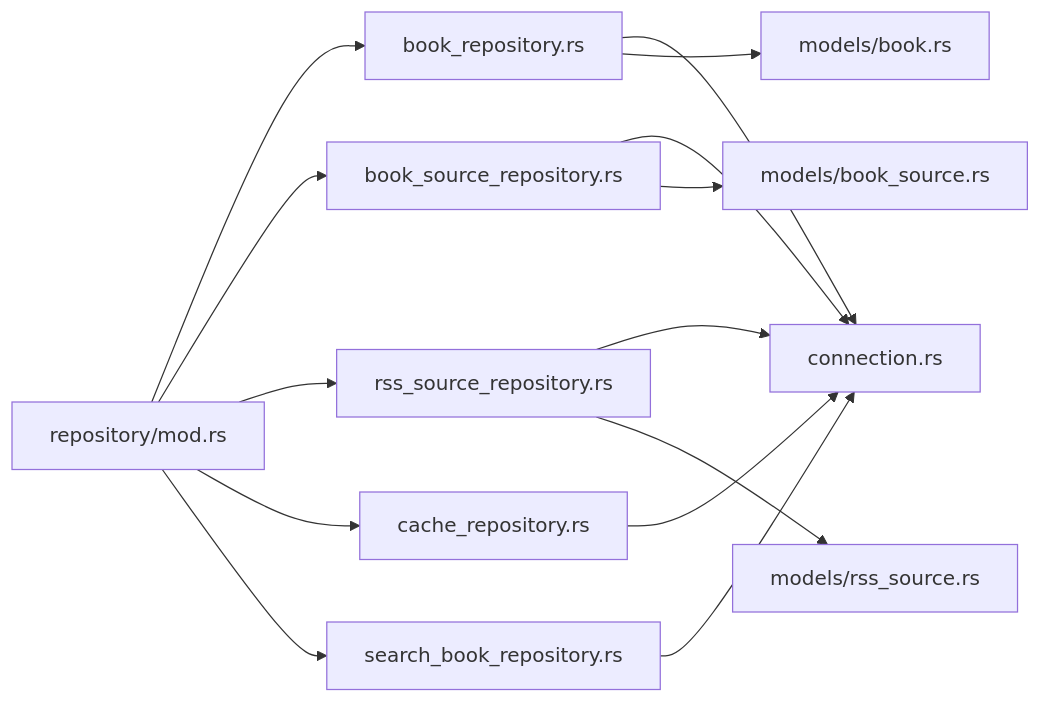
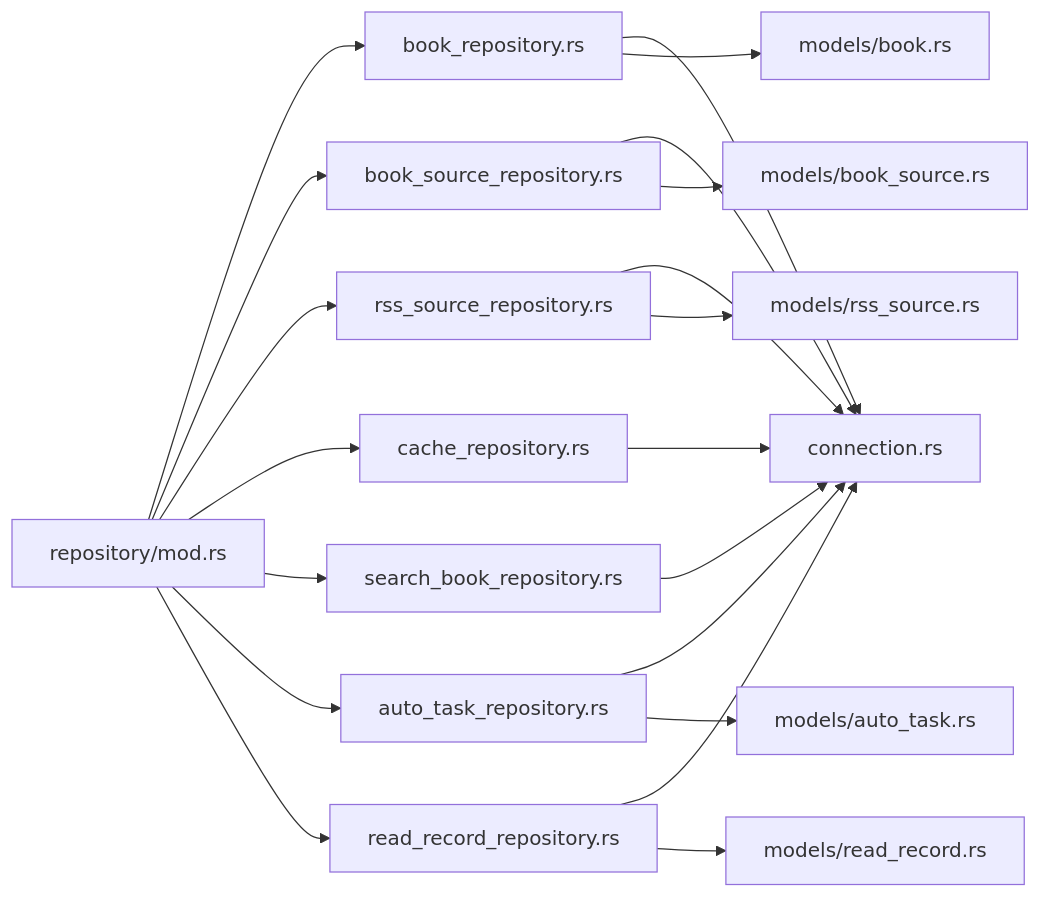
The seventh of 7 diagrams in .qoder/repowiki/zh/content/Rust核心库/数据库层/Repository模式实现.md (ZhangGHGitHub/LegadoTeamFlutter), drawn with Mermaid before and after one commit. The commit also changed other lines of this file and 173 other files, not shown here.

````diff
--- a/.qoder/repowiki/zh/content/Rust核心库/数据库层/Repository模式实现.md
+++ b/.qoder/repowiki/zh/content/Rust核心库/数据库层/Repository模式实现.md
@@ -350,16 +412,22 @@
 ```mermaid
 graph LR
 Mod["repository/mod.rs"] --> BookRepo["book_repository.rs"]
 Mod --> SourceRepo["book_source_repository.rs"]
 Mod --> RssRepo["rss_source_repository.rs"]
 Mod --> CacheRepo["cache_repository.rs"]
 Mod --> SearchRepo["search_book_repository.rs"]
+Mod --> AutoTaskRepo["auto_task_repository.rs"]
+Mod --> ReadRecordRepo["read_record_repository.rs"]
 BookRepo --> Conn["connection.rs"]
 SourceRepo --> Conn
 RssRepo --> Conn
 CacheRepo --> Conn
 SearchRepo --> Conn
+AutoTaskRepo --> Conn
+ReadRecordRepo --> Conn
 BookRepo --> BookModel["models/book.rs"]
 SourceRepo --> BookSourceModel["models/book_source.rs"]
 RssRepo --> RssSourceModel["models/rss_source.rs"]
+AutoTaskRepo --> AutoTaskModel["models/auto_task.rs"]
+ReadRecordRepo --> ReadRecordModel["models/read_record.rs"]
 ```
````
